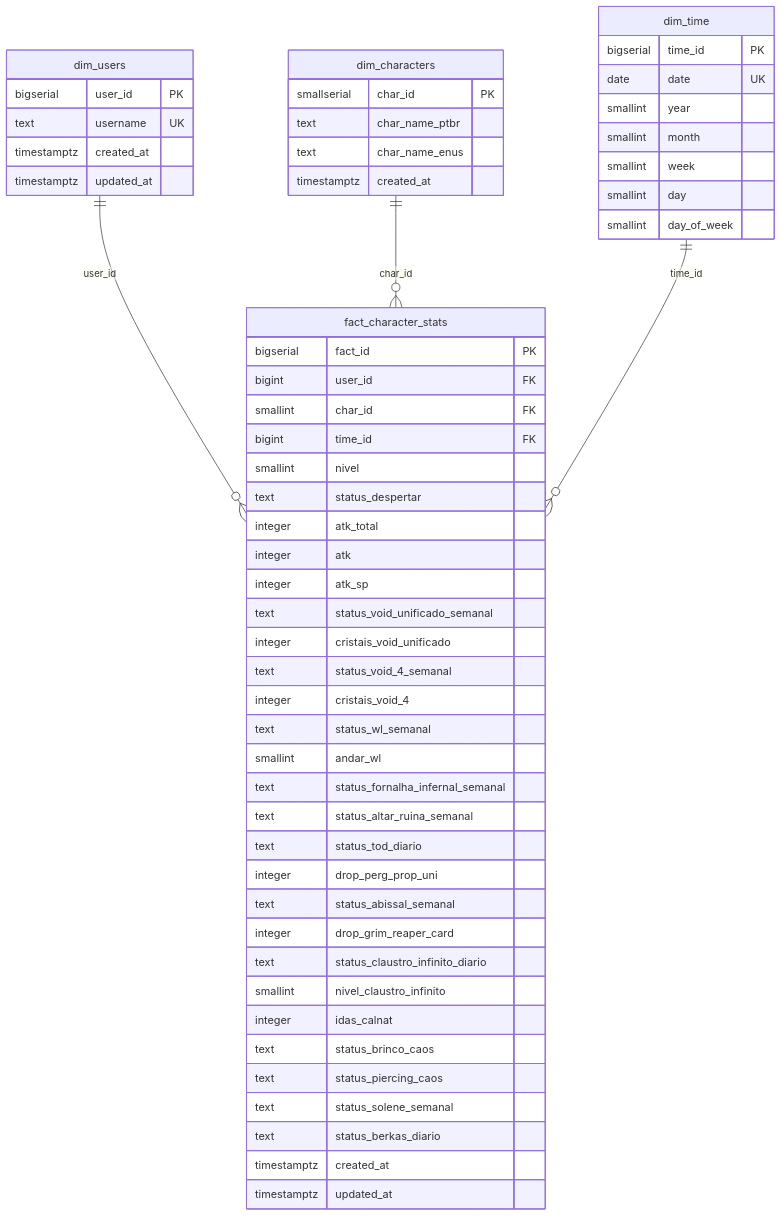
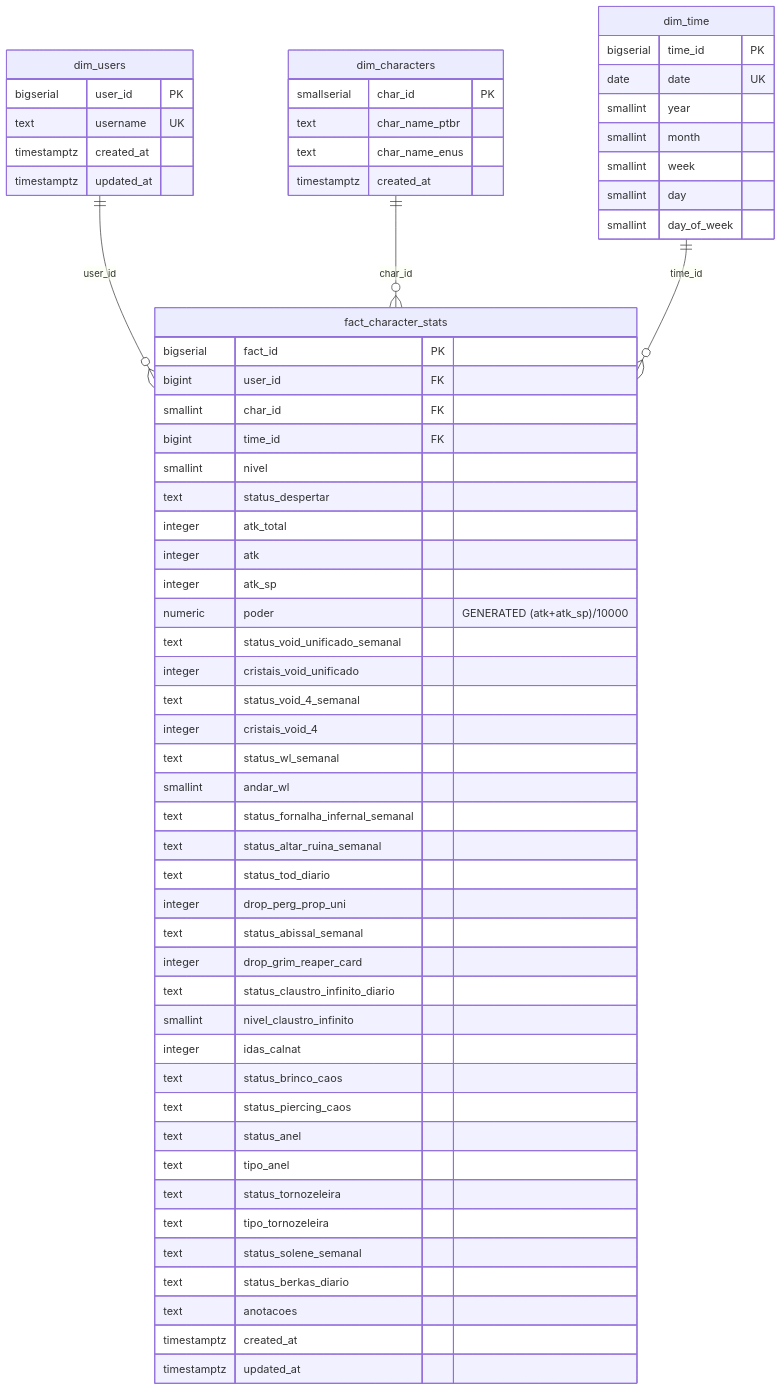
The second of 8 diagrams in ARCHITECTURE.md (g-soldera/gc-management-api), drawn with Mermaid before and after one commit. The commit also changed other lines of this file and 1 other file, not shown here.

First line of the commit message:
docs: update README and ARCHITECTURE for v1.2.0

````diff
--- a/ARCHITECTURE.md
+++ b/ARCHITECTURE.md
@@ -34,63 +44,69 @@
 ```mermaid
 erDiagram
     dim_users ||--o{ fact_character_stats : "user_id"
     dim_characters ||--o{ fact_character_stats : "char_id"
     dim_time ||--o{ fact_character_stats : "time_id"
 
     dim_users {
         bigserial user_id PK
         text username UK
         timestamptz created_at
         timestamptz updated_at
     }
 
     dim_characters {
         smallserial char_id PK
         text char_name_ptbr
         text char_name_enus
         timestamptz created_at
     }
 
     dim_time {
         bigserial time_id PK
         date date UK
         smallint year
         smallint month
         smallint week
         smallint day
         smallint day_of_week
     }
 
     fact_character_stats {
         bigserial fact_id PK
         bigint user_id FK
         smallint char_id FK
         bigint time_id FK
         smallint nivel
         text status_despertar
         integer atk_total
         integer atk
         integer atk_sp
+        numeric poder "GENERATED (atk+atk_sp)/10000"
         text status_void_unificado_semanal
         integer cristais_void_unificado
         text status_void_4_semanal
         integer cristais_void_4
         text status_wl_semanal
         smallint andar_wl
         text status_fornalha_infernal_semanal
         text status_altar_ruina_semanal
         text status_tod_diario
         integer drop_perg_prop_uni
         text status_abissal_semanal
         integer drop_grim_reaper_card
         text status_claustro_infinito_diario
         smallint nivel_claustro_infinito
         integer idas_calnat
         text status_brinco_caos
         text status_piercing_caos
+        text status_anel
+        text tipo_anel
+        text status_tornozeleira
+        text tipo_tornozeleira
         text status_solene_semanal
         text status_berkas_diario
+        text anotacoes
         timestamptz created_at
         timestamptz updated_at
     }
 ```
````
